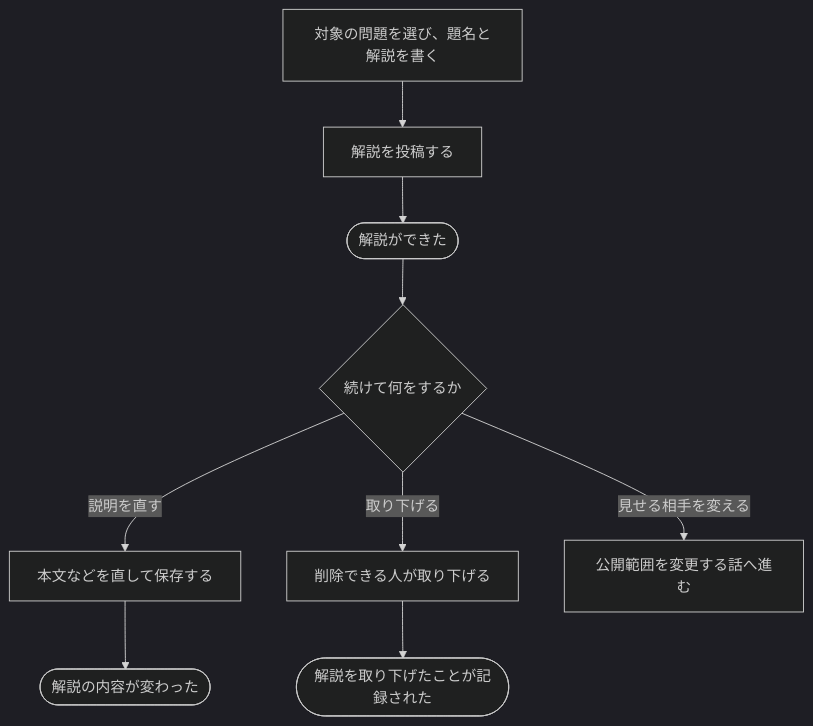
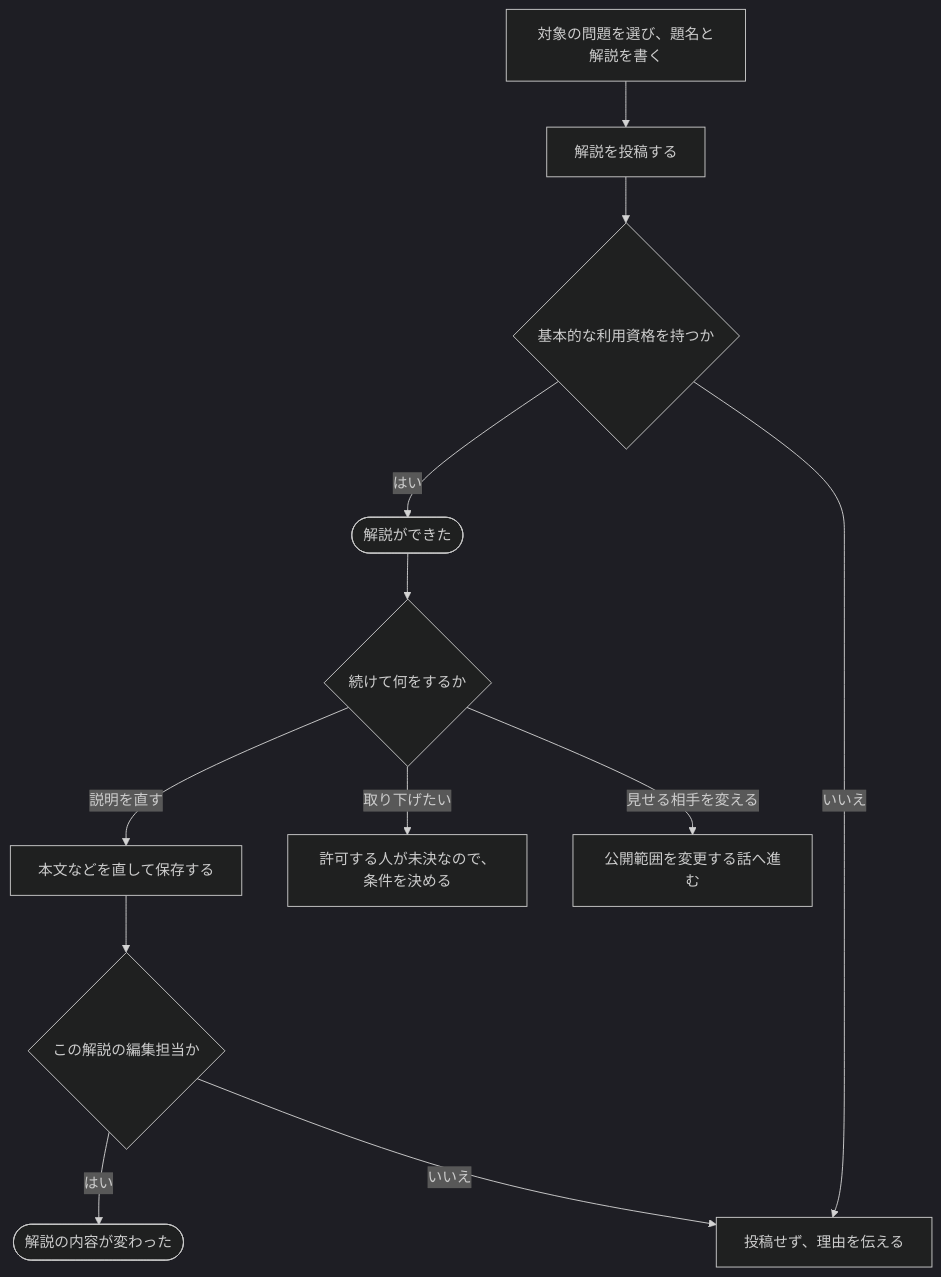
The diagram in docs/requirements/scenarios/others/write-editorial.md (traP-jp/traOJudge), drawn with Mermaid (dark theme) before and after one commit. The commit also changed other lines of this file and 58 other files, not shown here.

````diff
--- a/docs/requirements/scenarios/others/write-editorial.md
+++ b/docs/requirements/scenarios/others/write-editorial.md
@@ -15,11 +25,14 @@
 ```mermaid
 flowchart TD
     A["対象の問題を選び、題名と解説を書く"] --> B["解説を投稿する"]
-    B --> C(["解説ができた"])
+    B --> BX{"基本的な利用資格を持つか"}
+    BX -->|はい| C(["解説ができた"])
+    BX -->|いいえ| BY["投稿せず、理由を伝える"]
     C --> D{"続けて何をするか"}
     D -->|説明を直す| E["本文などを直して保存する"]
-    E --> F(["解説の内容が変わった"])
-    D -->|取り下げる| G["削除できる人が取り下げる"]
-    G --> H(["解説を取り下げたことが記録された"])
+    E --> EX{"この解説の編集担当か"}
+    EX -->|はい| F(["解説の内容が変わった"])
+    EX -->|いいえ| BY
+    D -->|取り下げたい| G["許可する人が未決なので、条件を決める"]
     D -->|見せる相手を変える| I["公開範囲を変更する話へ進む"]
 ```
````
